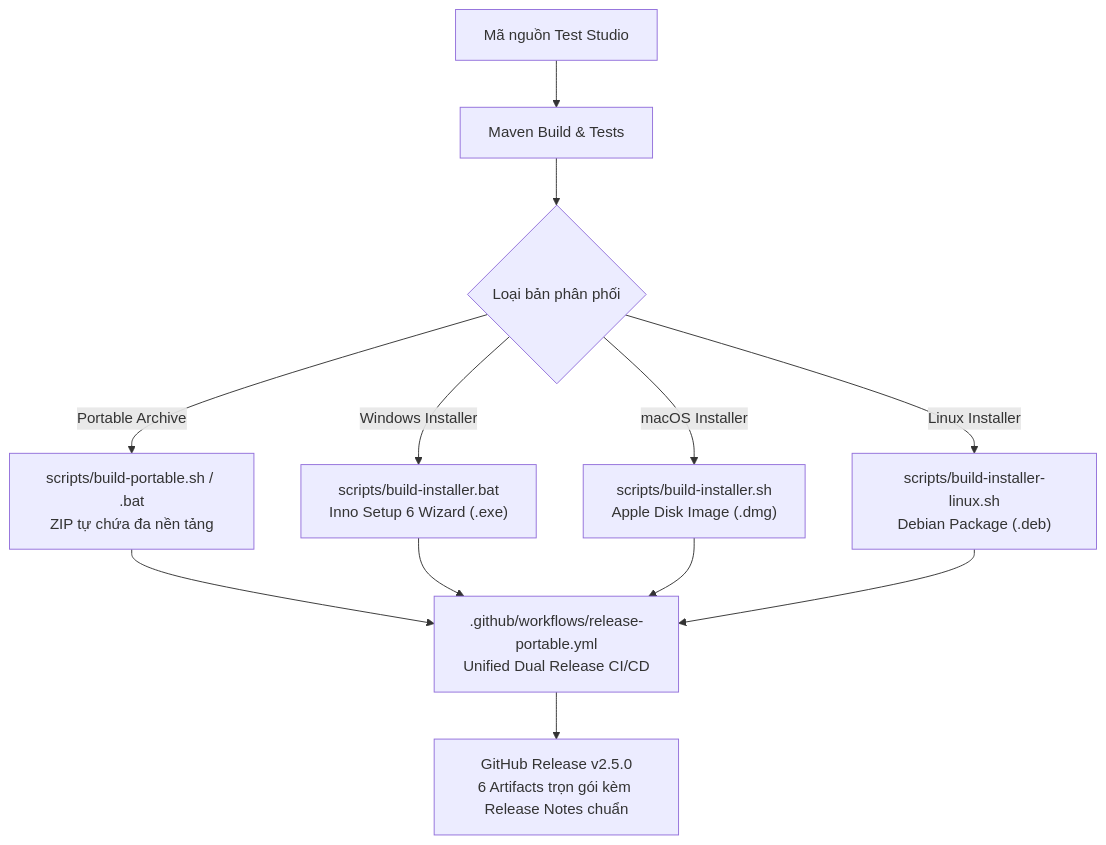
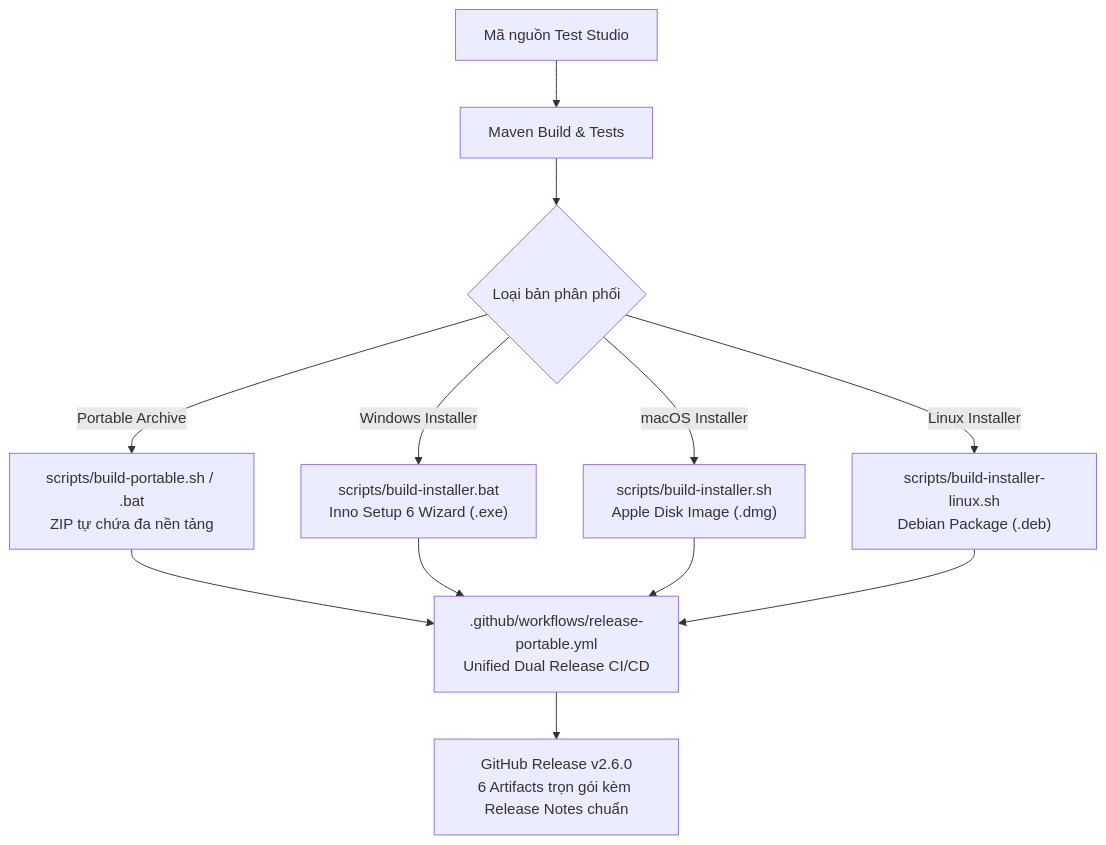
Before and after one commit to manhquoc2013/GUI-test-tool: the fourth of 4 diagrams in docs/guide/USER_GUIDE.md, drawn with Mermaid. The commit also changed other lines of this file and 19 other files, not shown here.

````diff
--- a/docs/guide/USER_GUIDE.md
+++ b/docs/guide/USER_GUIDE.md
@@ -499,11 +499,11 @@
 ```mermaid
 flowchart TD
     A["Mã nguồn Test Studio"] --> B["Maven Build & Tests"]
     B --> C{"Loại bản phân phối"}
     C -->|Portable Archive| D["scripts/build-portable.sh / .bat<br/>ZIP tự chứa đa nền tảng"]
     C -->|Windows Installer| E["scripts/build-installer.bat<br/>Inno Setup 6 Wizard (.exe)"]
     C -->|macOS Installer| F["scripts/build-installer.sh<br/>Apple Disk Image (.dmg)"]
     C -->|Linux Installer| G["scripts/build-installer-linux.sh<br/>Debian Package (.deb)"]
     D & E & F & G --> H[".github/workflows/release-portable.yml<br/>Unified Dual Release CI/CD"]
-    H --> I["GitHub Release v2.5.0<br/>6 Artifacts trọn gói kèm Release Notes chuẩn"]
+    H --> I["GitHub Release v2.6.0<br/>6 Artifacts trọn gói kèm Release Notes chuẩn"]
 ```
````
